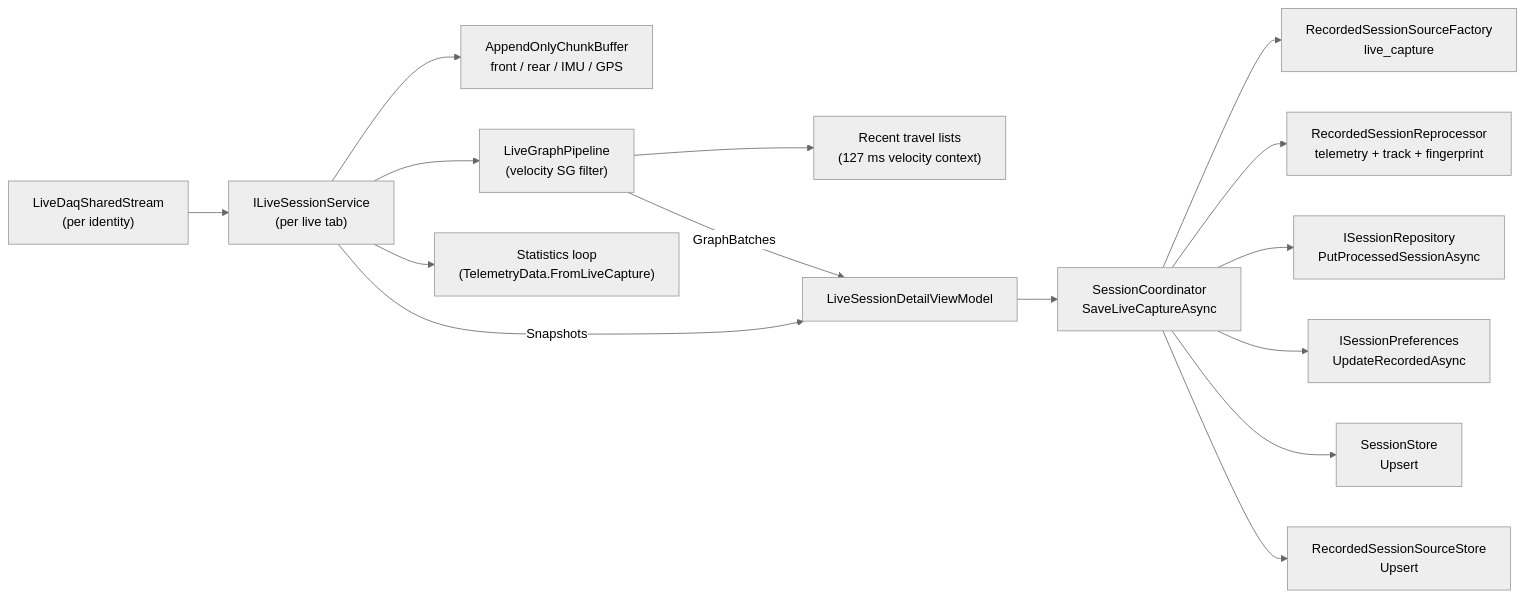
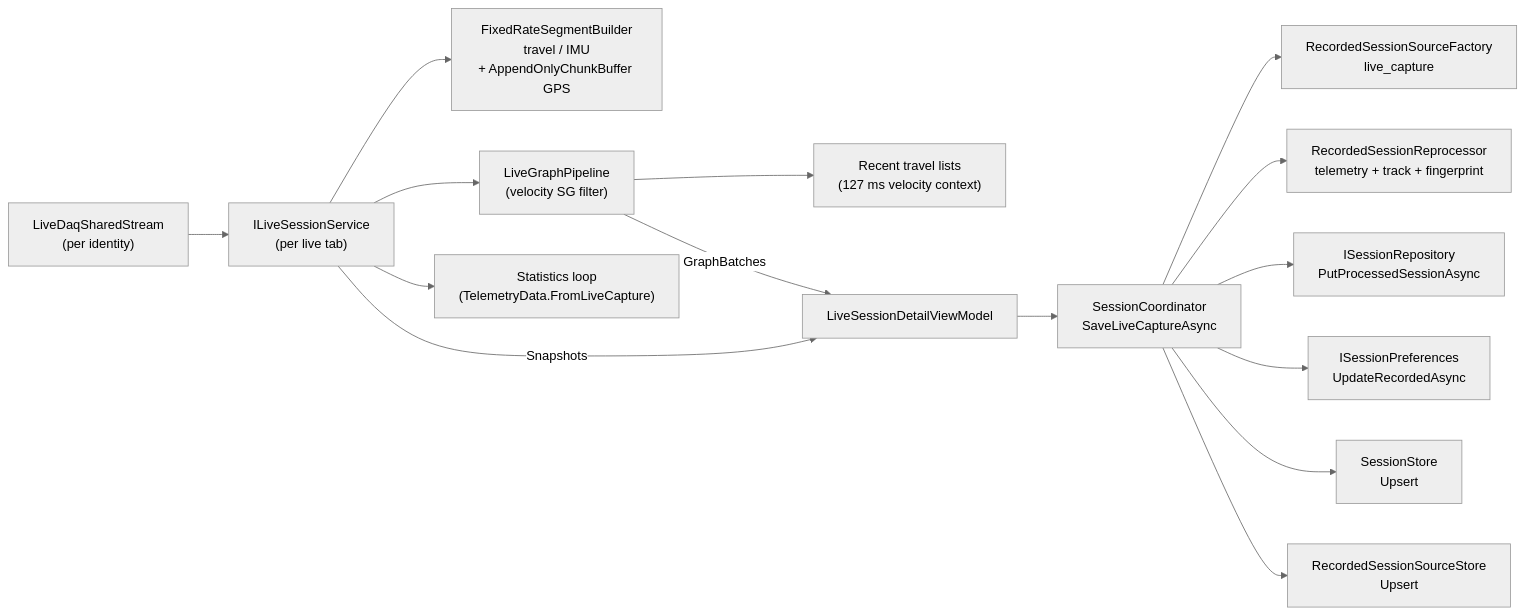
One commit to MoridinBG/Sufni.app changed the diagram in docs/architecture/live-session.md. Above: the diagram before and after it, drawn with Mermaid (neutral theme). The commit also changed other lines of this file and 4 other files, not shown here.

````diff
--- a/docs/architecture/live-session.md
+++ b/docs/architecture/live-session.md
@@ -30,17 +30,17 @@
 ```mermaid
 graph LR
     Shared["LiveDaqSharedStream<br/>(per identity)"] --> Service["ILiveSessionService<br/>(per live tab)"]
-    Service --> AppendBufs["AppendOnlyChunkBuffer<br/>front / rear / IMU / GPS"]
+    Service --> CaptureStores["FixedRateSegmentBuilder<br/>travel / IMU<br/>+ AppendOnlyChunkBuffer GPS"]
     Service --> GraphPipe["LiveGraphPipeline<br/>(velocity SG filter)"]
     Service --> StatsLoop["Statistics loop<br/>(TelemetryData.FromLiveCapture)"]
     GraphPipe --> RecentTravel["Recent travel lists<br/>(127 ms velocity context)"]
     Service -->|"Snapshots"| DetailVM["LiveSessionDetailViewModel"]
     GraphPipe -->|"GraphBatches"| DetailVM
     DetailVM --> Coord["SessionCoordinator<br/>SaveLiveCaptureAsync"]
     Coord --> Source["RecordedSessionSourceFactory<br/>live_capture"]
     Coord --> Reprocessor["RecordedSessionReprocessor<br/>telemetry + track + fingerprint"]
     Coord --> Repo["ISessionRepository<br/>PutProcessedSessionAsync"]
     Coord --> Prefs["ISessionPreferences<br/>UpdateRecordedAsync"]
     Coord --> Store["SessionStore<br/>Upsert"]
     Coord --> SourceStore["RecordedSessionSourceStore<br/>Upsert"]
 ```
````
